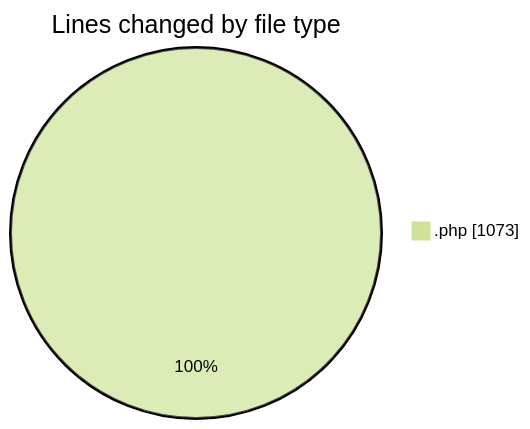
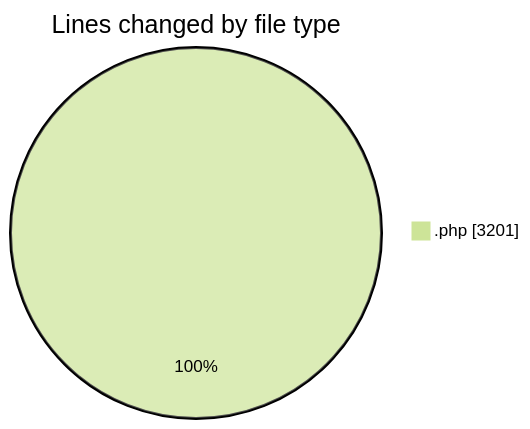
The first of 2 diagrams in 2025-10-03/untitled__workspace_/README.md (debugP/code-tracking), drawn with Mermaid (forest theme) before and after one commit. The commit also changed other lines of this file and 1 other file, not shown here.

````diff
--- a/2025-10-03/untitled__workspace_/README.md
+++ b/2025-10-03/untitled__workspace_/README.md
@@ -20,5 +20,5 @@
 ```mermaid
 pie showData
 title Lines changed by file type
-".php" : 1073
+".php" : 3201
 ```
````
